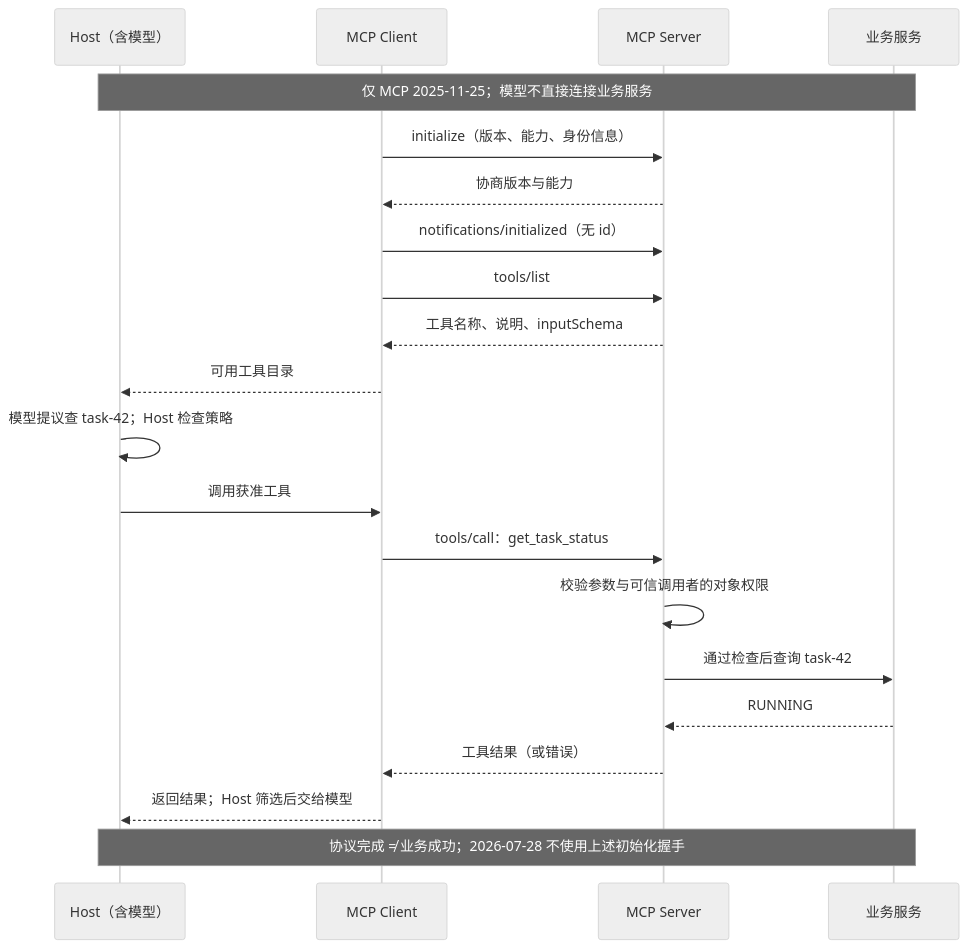
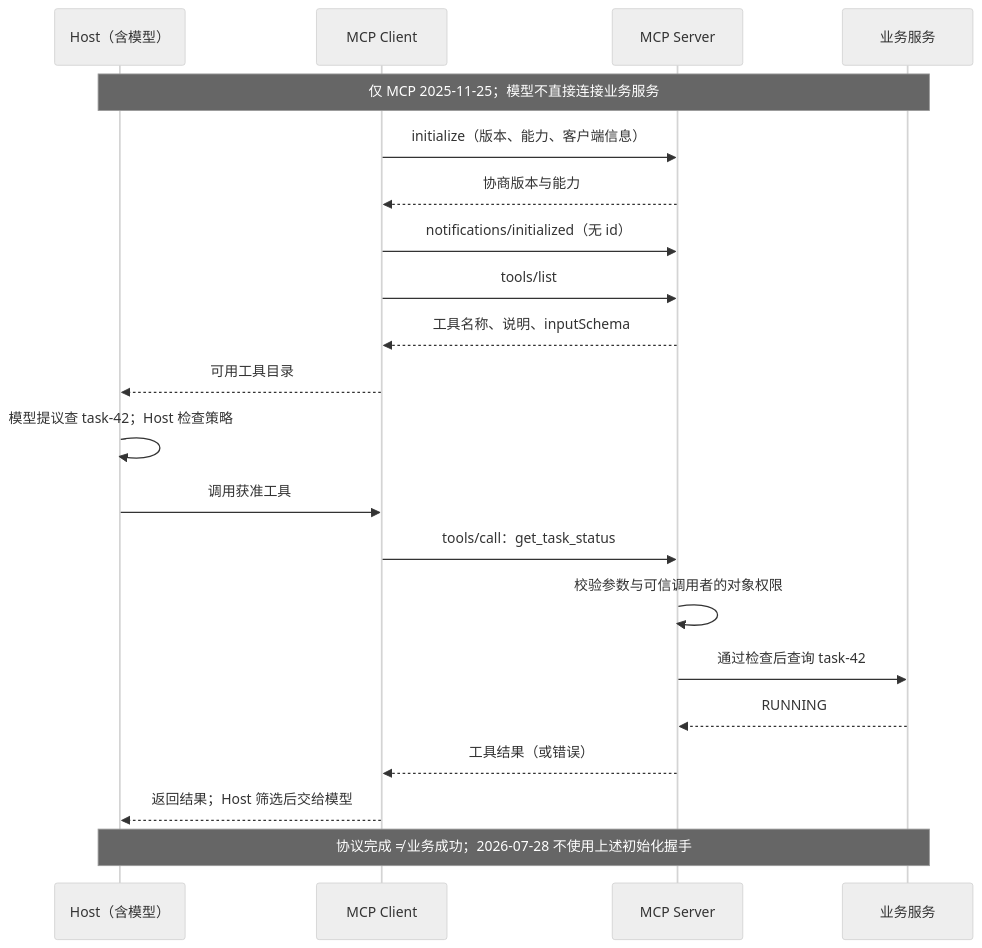
One commit to Dream-Lantern/k-grove changed the diagram in docs/public/assets/notes/ai-agent/04-mcp-sequence.mmd. Above: the diagram before and after it, drawn with Mermaid (neutral theme). The commit also changed 16 other files, not shown here.

```diff
--- a/docs/public/assets/notes/ai-agent/04-mcp-sequence.mmd
+++ b/docs/public/assets/notes/ai-agent/04-mcp-sequence.mmd
@@ -1,21 +1,21 @@
 sequenceDiagram
   participant H as Host（含模型）
   participant C as MCP Client
   participant S as MCP Server
   participant B as 业务服务
   Note over H,B: 仅 MCP 2025-11-25；模型不直接连接业务服务
-  C->>S: initialize（版本、能力、身份信息）
+  C->>S: initialize（版本、能力、客户端信息）
   S-->>C: 协商版本与能力
   C->>S: notifications/initialized（无 id）
   C->>S: tools/list
   S-->>C: 工具名称、说明、inputSchema
   C-->>H: 可用工具目录
   H->>H: 模型提议查 task-42；Host 检查策略
   H->>C: 调用获准工具
   C->>S: tools/call：get_task_status
   S->>S: 校验参数与可信调用者的对象权限
   S->>B: 通过检查后查询 task-42
   B-->>S: RUNNING
   S-->>C: 工具结果（或错误）
   C-->>H: 返回结果；Host 筛选后交给模型
   Note over H,B: 协议完成 ≠ 业务成功；2026-07-28 不使用上述初始化握手
```
